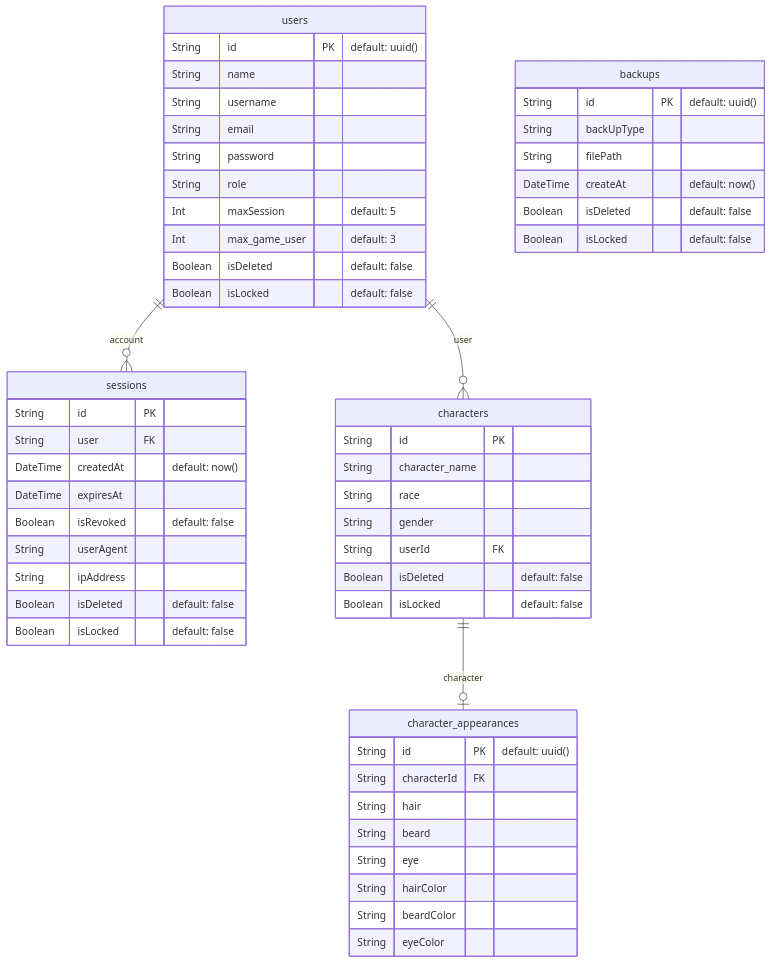
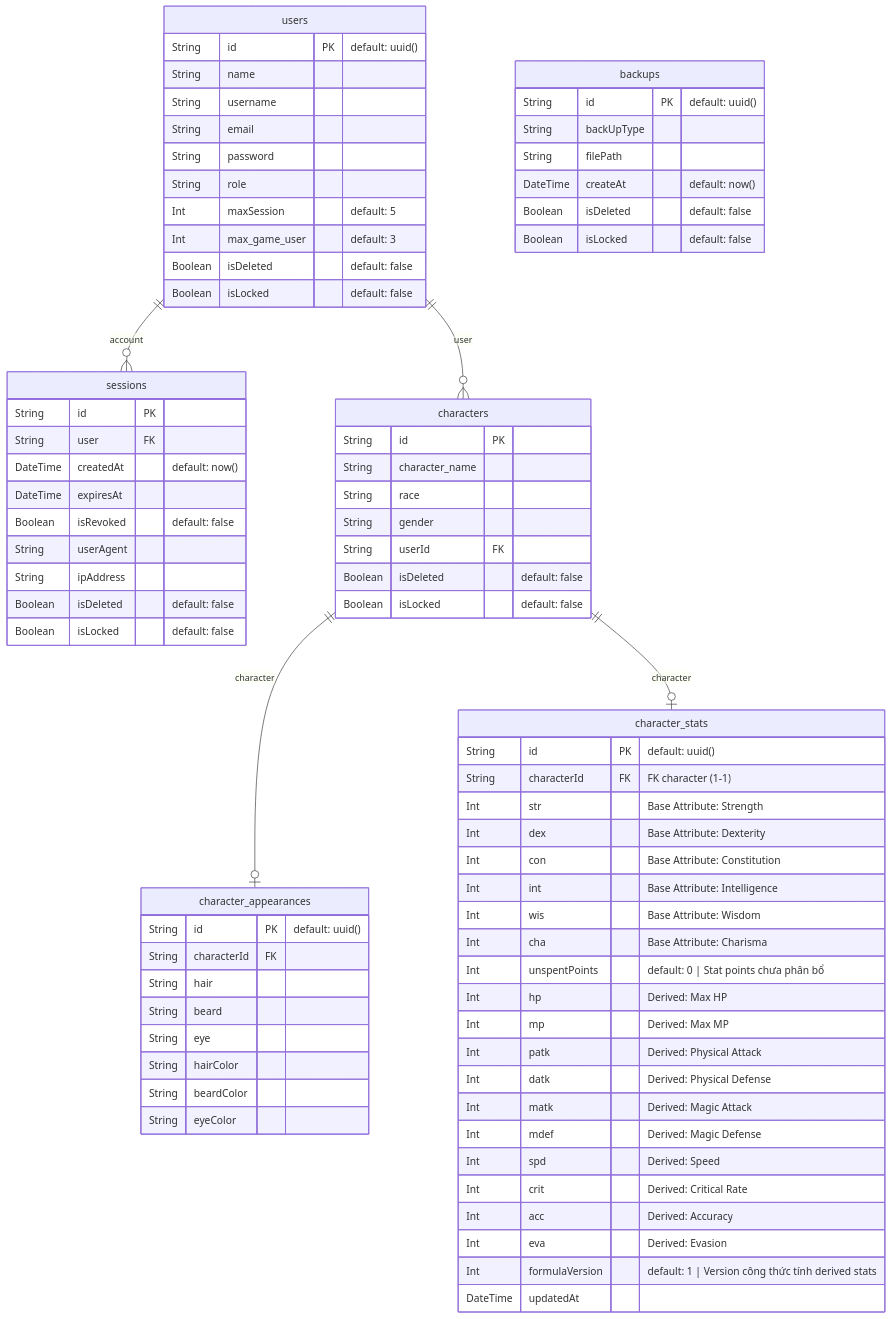
The diagram in prisma/ERD-defaults.mmd (fortress-of-the-fallen/be-new), drawn with Mermaid before and after one commit. The commit also changed 35 other files, not shown here.

```diff
--- a/prisma/ERD-defaults.mmd
+++ b/prisma/ERD-defaults.mmd
@@ -1,54 +1,78 @@
 erDiagram
   "users" {
     String id PK "default: uuid()"
     String name
     String username
     String email
     String password
     String role
     Int maxSession  "default: 5"
     Int max_game_user  "default: 3"
     Boolean isDeleted  "default: false"
     Boolean isLocked  "default: false"
   }
   "sessions" {
     String id PK
     String user FK
     DateTime createdAt  "default: now()"
     DateTime expiresAt
     Boolean isRevoked  "default: false"
     String userAgent
     String ipAddress
     Boolean isDeleted  "default: false"
     Boolean isLocked  "default: false"
   }
   "characters" {
     String id PK
     String character_name
     String race
     String gender
     String userId FK
     Boolean isDeleted  "default: false"
     Boolean isLocked  "default: false"
   }
   "character_appearances" {
     String id PK "default: uuid()"
     String characterId FK
     String hair
     String beard
     String eye
     String hairColor
     String beardColor
     String eyeColor
   }
+  "character_stats" {
+    String id PK "default: uuid()"
+    String characterId FK "FK character (1-1)"
+    Int str  "Base Attribute: Strength"
+    Int dex  "Base Attribute: Dexterity"
+    Int con  "Base Attribute: Constitution"
+    Int int  "Base Attribute: Intelligence"
+    Int wis  "Base Attribute: Wisdom"
+    Int cha  "Base Attribute: Charisma"
+    Int unspentPoints  "default: 0 | Stat points chưa phân bổ"
+    Int hp  "Derived: Max HP"
+    Int mp  "Derived: Max MP"
+    Int patk  "Derived: Physical Attack"
+    Int datk  "Derived: Physical Defense"
+    Int matk  "Derived: Magic Attack"
+    Int mdef  "Derived: Magic Defense"
+    Int spd  "Derived: Speed"
+    Int crit  "Derived: Critical Rate"
+    Int acc  "Derived: Accuracy"
+    Int eva  "Derived: Evasion"
+    Int formulaVersion  "default: 1 | Version công thức tính derived stats"
+    DateTime updatedAt
+  }
   "backups" {
     String id PK "default: uuid()"
     String backUpType
     String filePath
     DateTime createAt  "default: now()"
     Boolean isDeleted  "default: false"
     Boolean isLocked  "default: false"
   }
   "users" ||--o{ "sessions" : "account"
   "users" ||--o{ "characters" : "user"
   "characters" ||--o| "character_appearances" : "character"
+  "characters" ||--o| "character_stats" : "character"
```
